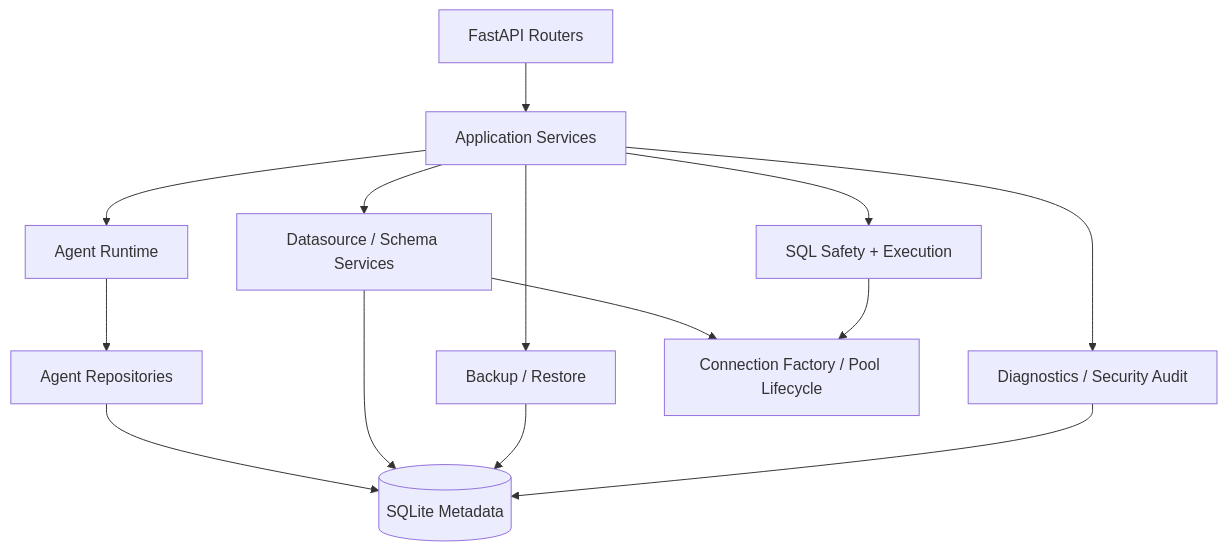
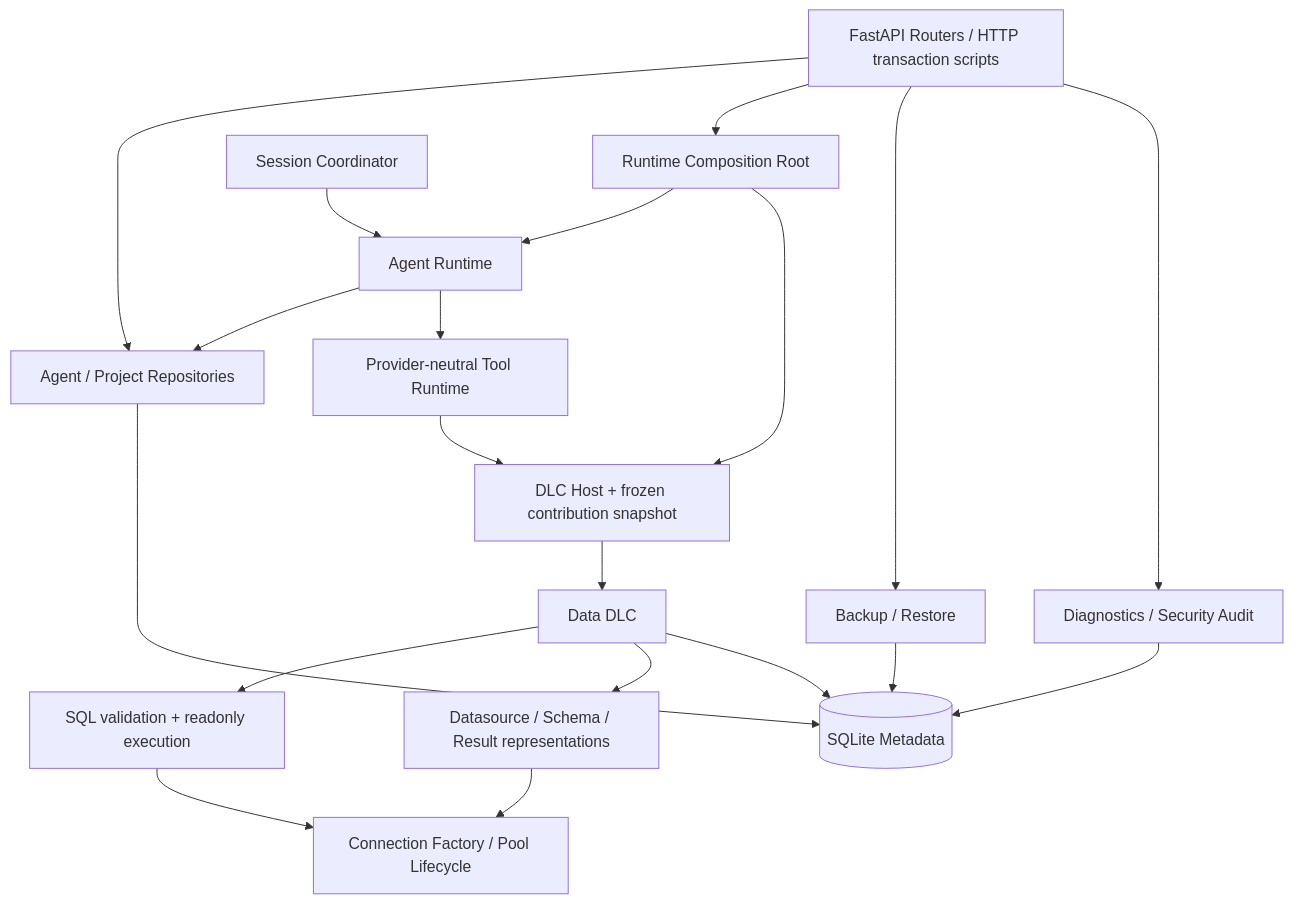
The third of 5 diagrams in docs/architecture/system-overview.md (trrueee/DBFox), drawn with Mermaid before and after one commit. The commit also changed other lines of this file and 86 other files, not shown here.

Commit message:
feat(dlc): project resource inventory contract across core and dlcs

````diff
--- a/docs/architecture/system-overview.md
+++ b/docs/architecture/system-overview.md
@@ -142,17 +142,22 @@
 ```mermaid
 flowchart TB
-    API["FastAPI Routers"] --> APP["Application Services"]
-    APP --> AGENT["Agent Runtime"]
-    APP --> DS["Datasource / Schema Services"]
-    APP --> SQL["SQL Safety + Execution"]
-    APP --> BACKUP["Backup / Restore"]
-    APP --> DIAG["Diagnostics / Security Audit"]
-
-    AGENT --> REPOS["Agent Repositories"]
+    API["FastAPI Routers / HTTP transaction scripts"] --> REPOS["Agent / Project Repositories"]
+    API --> COMPOSE["Runtime Composition Root"]
+    COORD["Session Coordinator"] --> AGENT["Agent Runtime"]
+    COMPOSE --> AGENT
+    COMPOSE --> HOST["DLC Host + frozen contribution snapshot"]
+    AGENT --> REPOS
+    AGENT --> TOOL["Provider-neutral Tool Runtime"]
+    TOOL --> HOST
+    HOST --> DATA["Data DLC"]
+    DATA --> SQL["SQL validation + readonly execution"]
+    DATA --> DS["Datasource / Schema / Result representations"]
     DS --> CONN["Connection Factory / Pool Lifecycle"]
     SQL --> CONN
+    API --> BACKUP["Backup / Restore"]
+    API --> DIAG["Diagnostics / Security Audit"]
     REPOS --> META[("SQLite Metadata")]
-    DS --> META
+    DATA --> META
     BACKUP --> META
     DIAG --> META
 ```
````
